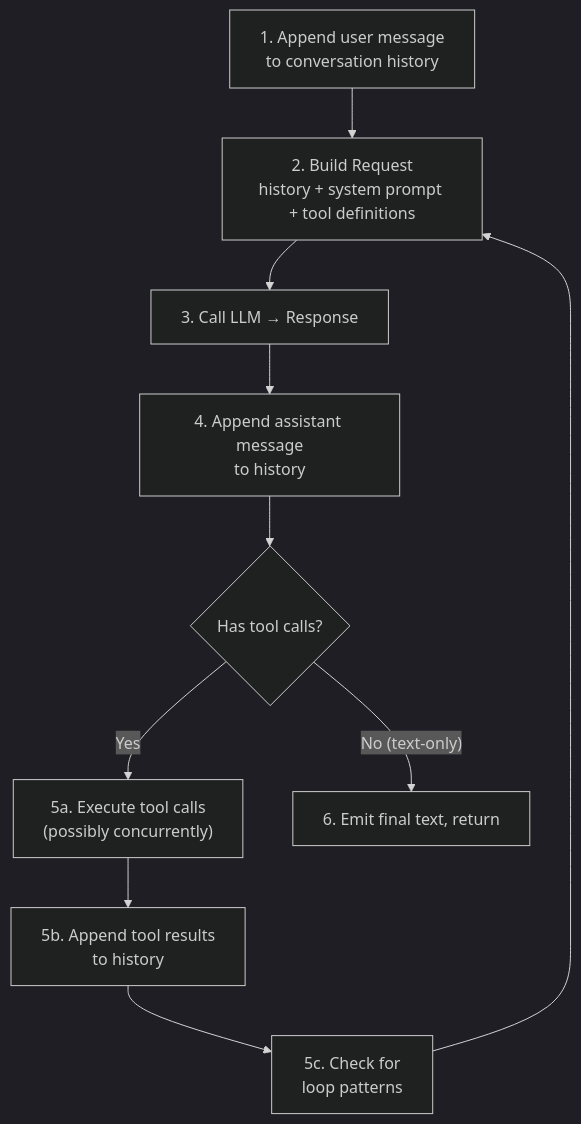
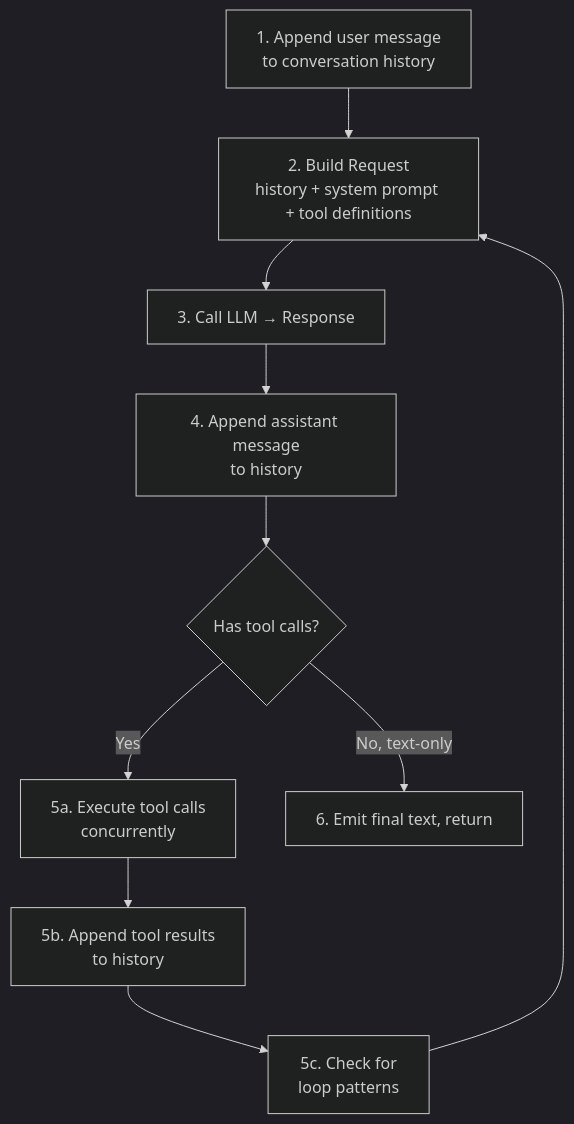
Before and after one commit to jawhnycooke/attractor: the sixth of 10 diagrams in docs/explanation/architecture.md, drawn with Mermaid (dark theme). The commit also changed other lines of this file and 1 other file, not shown here.

First line of the commit message:
Fix mermaid diagrams: replace \n with <br/>, convert ASCII art to mermaid

````diff
--- a/docs/explanation/architecture.md
+++ b/docs/explanation/architecture.md
@@ -231,12 +234,12 @@
 ```mermaid
 graph TD
-    A["1. Append user message\nto conversation history"] --> B["2. Build Request\nhistory + system prompt + tool definitions"]
+    A["1. Append user message<br/>to conversation history"] --> B["2. Build Request<br/>history + system prompt + tool definitions"]
     B --> C["3. Call LLM → Response"]
-    C --> D["4. Append assistant message\nto history"]
+    C --> D["4. Append assistant message<br/>to history"]
     D --> E{"Has tool calls?"}
-    E -->|"Yes"| F["5a. Execute tool calls\n(possibly concurrently)"]
-    F --> G["5b. Append tool results\nto history"]
-    G --> H["5c. Check for\nloop patterns"]
+    E -->|"Yes"| F["5a. Execute tool calls<br/>concurrently"]
+    F --> G["5b. Append tool results<br/>to history"]
+    G --> H["5c. Check for<br/>loop patterns"]
     H --> B
-    E -->|"No (text-only)"| I["6. Emit final text, return"]
+    E -->|"No, text-only"| I["6. Emit final text, return"]
 ```
````
